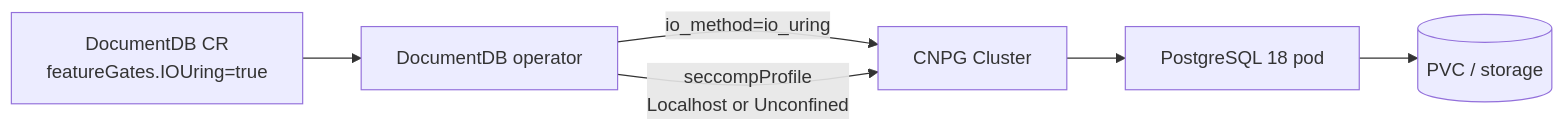
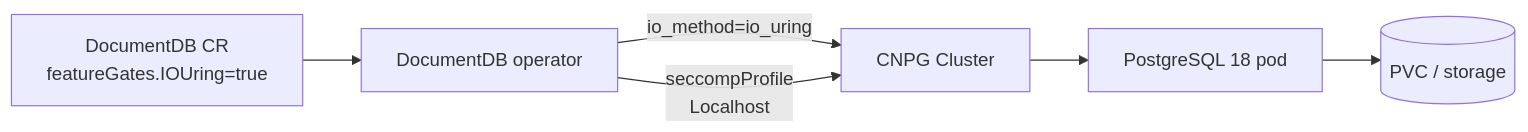
One commit to documentdb/documentdb-kubernetes-operator changed the diagram in documentdb-playground/io-uring-feature/README.md. Above: the diagram before and after it, drawn with Mermaid. The commit also changed other lines of this file and 14 other files, not shown here.

First line of the commit message:
feat(iouring): drop unconfined seccomp mode and add E2E coverage

````diff
--- a/documentdb-playground/io-uring-feature/README.md
+++ b/documentdb-playground/io-uring-feature/README.md
@@ -25,8 +25,8 @@
 ```mermaid
 flowchart LR
   DB[DocumentDB CR<br/>featureGates.IOUring=true] --> OP[DocumentDB operator]
   OP -->|io_method=io_uring| CNPG[CNPG Cluster]
-  OP -->|seccompProfile<br/>Localhost or Unconfined| CNPG
+  OP -->|seccompProfile<br/>Localhost| CNPG
   CNPG --> PG[PostgreSQL 18 pod]
   PG --> PVC[(PVC / storage)]
 ```
````
